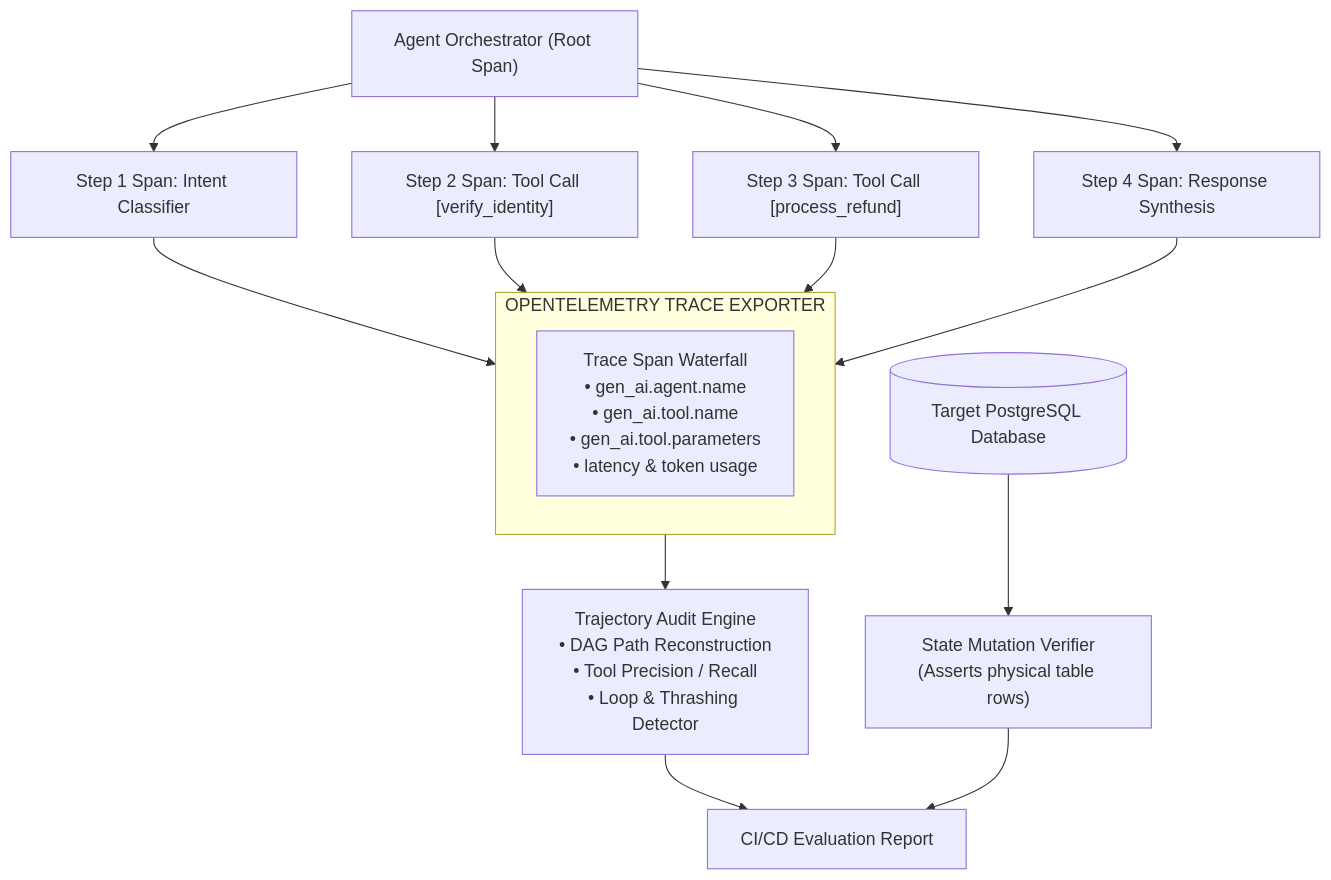
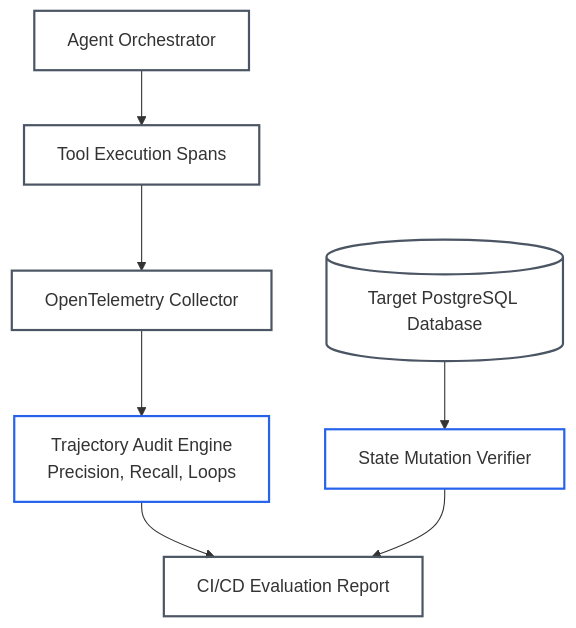
One commit to dip4k/senior-engineer-to-ai-engineer-roadmap changed the second of 2 diagrams in 06-evals-and-observability/03-agent-trajectory-and-state-mutation-evaluations.md. Above: the diagram before and after it, drawn with Mermaid. The commit also changed other lines of this file and 10 other files, not shown here.

````diff
--- a/06-evals-and-observability/03-agent-trajectory-and-state-mutation-evaluations.md
+++ b/06-evals-and-observability/03-agent-trajectory-and-state-mutation-evaluations.md
@@ -337,19 +361,15 @@
 ```mermaid
 flowchart TD
-    Orchestrator["Agent Orchestrator (Root Span)"] --> S1["Step 1 Span: Intent Classifier"]
-    Orchestrator --> S2["Step 2 Span: Tool Call [verify_identity]"]
-    Orchestrator --> S3["Step 3 Span: Tool Call [process_refund]"]
-    Orchestrator --> S4["Step 4 Span: Response Synthesis"]
+    Orchestrator["Agent Orchestrator"] --> ToolSpans["Tool Execution Spans"]
+    ToolSpans --> OTel["OpenTelemetry Collector"]
     
-    subgraph OTelCollector["OPENTELEMETRY TRACE EXPORTER"]
-        Waterfall["Trace Span Waterfall<br/>• gen_ai.agent.name<br/>• gen_ai.tool.name<br/>• gen_ai.tool.parameters<br/>• latency & token usage"]
-    end
+    OTel --> AuditEngine["Trajectory Audit Engine<br/>Precision, Recall, Loops"]
+    DB[("Target PostgreSQL Database")] --> Verifier["State Mutation Verifier"]
     
-    S1 & S2 & S3 & S4 --> OTelCollector
-    
-    OTelCollector --> TrajectoryEngine["Trajectory Audit Engine<br/>• DAG Path Reconstruction<br/>• Tool Precision / Recall<br/>• Loop & Thrashing Detector"]
-    
-    DB[("Target PostgreSQL Database")] --> StateVerifier["State Mutation Verifier<br/>(Asserts physical table rows)"]
-    
-    TrajectoryEngine & StateVerifier --> CIReport["CI/CD Evaluation Report"]
+    AuditEngine --> Report["CI/CD Evaluation Report"]
+    Verifier --> Report
+
+    classDef default stroke:#4b5563,stroke-width:2px,fill:none;
+    classDef check stroke:#2563eb,stroke-width:2px,fill:none;
+    class AuditEngine,Verifier check;
 ```
````
